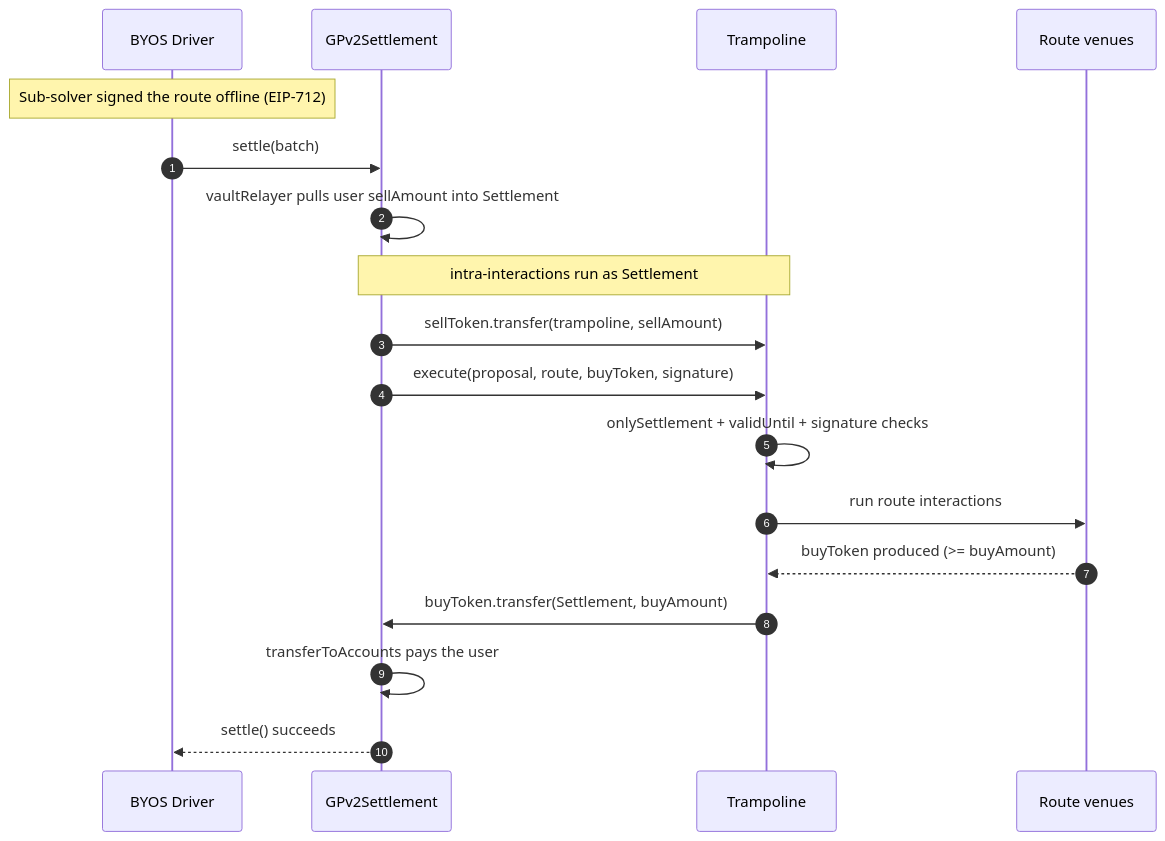
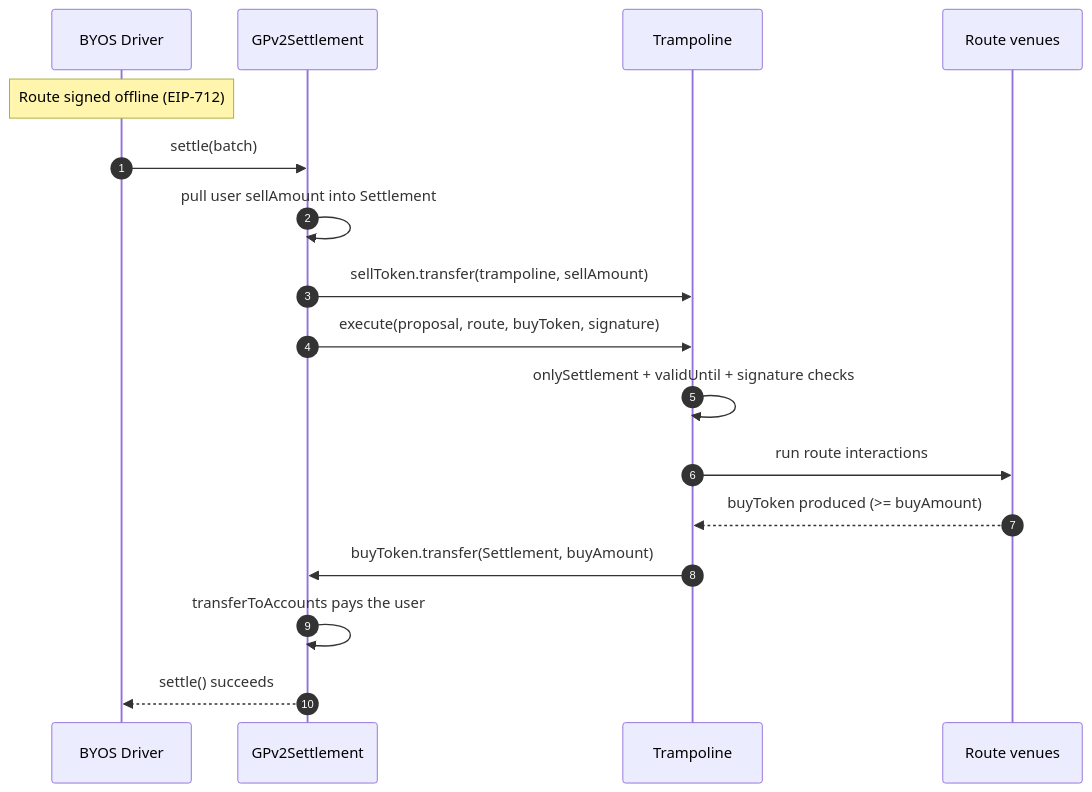
The first of 3 diagrams in docs/order-flow.md (bleu/byos-contracts), drawn with Mermaid before and after one commit. The commit also changed other lines of this file, not shown here.

First line of the commit message:
docs: shorten order-flow prose and fix mermaid parse error

````diff
--- a/docs/order-flow.md
+++ b/docs/order-flow.md
@@ -32,21 +31,20 @@
 ```mermaid
 sequenceDiagram
     autonumber
     participant D as BYOS Driver
     participant S as GPv2Settlement
     participant T as Trampoline
     participant R as Route venues
 
-    Note over D: Sub-solver signed the route offline (EIP-712)
+    Note over D: Route signed offline (EIP-712)
     D->>S: settle(batch)
-    S->>S: vaultRelayer pulls user sellAmount into Settlement
-    Note over S,T: intra-interactions run as Settlement
+    S->>S: pull user sellAmount into Settlement
     S->>T: sellToken.transfer(trampoline, sellAmount)
     S->>T: execute(proposal, route, buyToken, signature)
     T->>T: onlySettlement + validUntil + signature checks
     T->>R: run route interactions
     R-->>T: buyToken produced (>= buyAmount)
     T->>S: buyToken.transfer(Settlement, buyAmount)
     S->>S: transferToAccounts pays the user
     S-->>D: settle() succeeds
 ```
````
